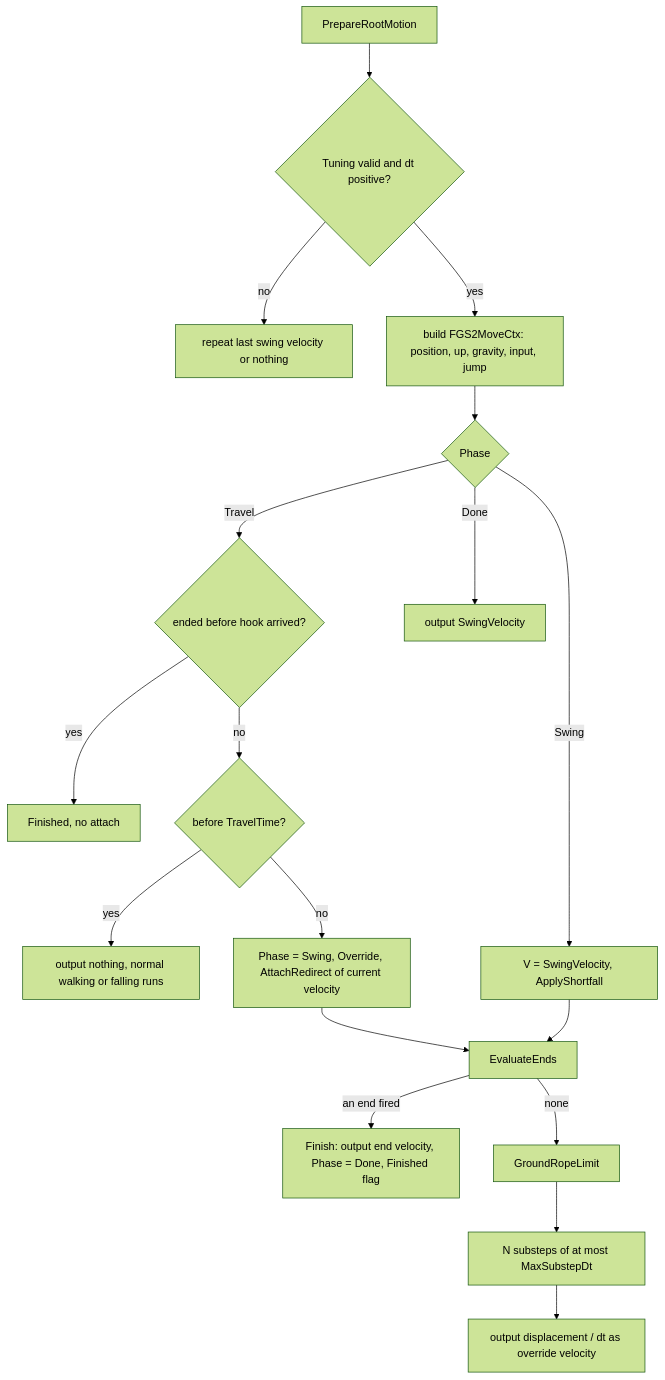
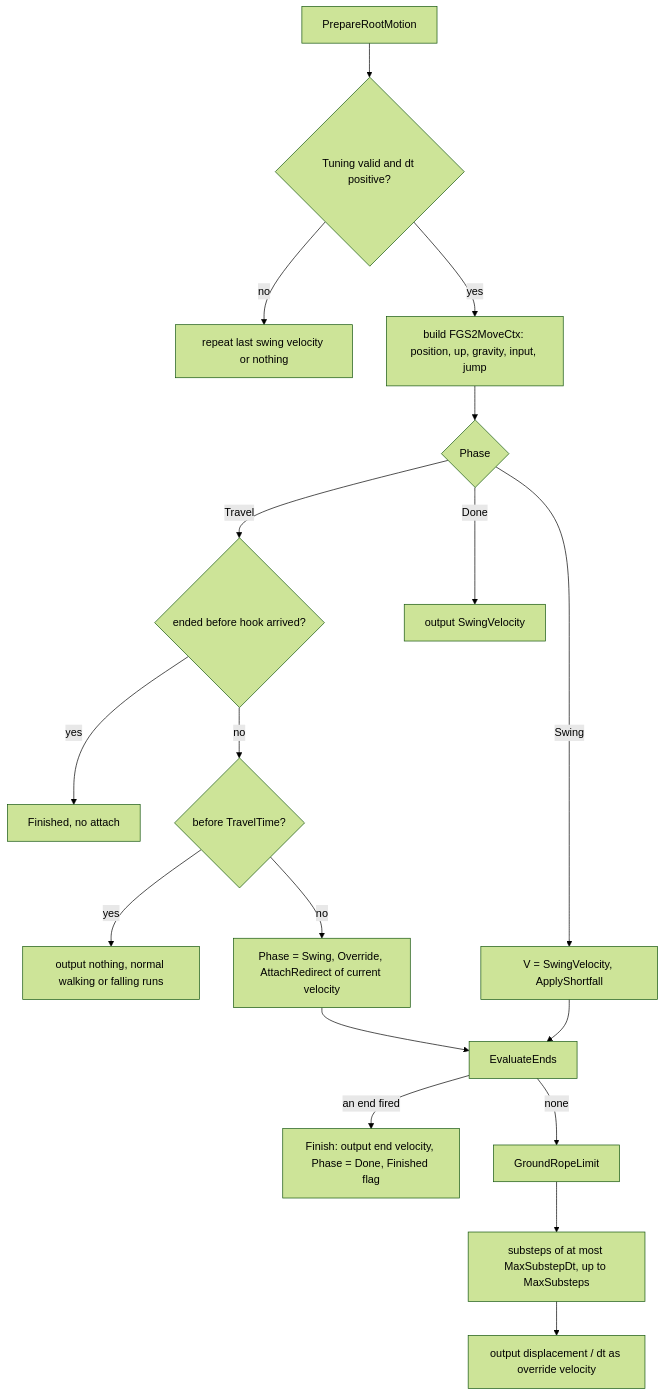
One commit to talal-jpg/AuraRedo2 changed the fifth of 5 diagrams in Docs/GA_GrappleSwing2.md. Above: the diagram before and after it, drawn with Mermaid (forest theme). The commit also changed other lines of this file, not shown here.

````diff
--- a/Docs/GA_GrappleSwing2.md
+++ b/Docs/GA_GrappleSwing2.md
@@ -258,20 +264,20 @@
 ```mermaid
 flowchart TD
     A[PrepareRootMotion] --> B{Tuning valid and dt positive?}
     B -- no --> B1[repeat last swing velocity or nothing]
     B -- yes --> C[build FGS2MoveCtx: position, up, gravity, input, jump]
     C --> D{Phase}
     D -- Travel --> T1{ended before hook arrived?}
     T1 -- yes --> T2[Finished, no attach]
     T1 -- no --> T3{before TravelTime?}
     T3 -- yes --> T4[output nothing, normal walking or falling runs]
     T3 -- no --> T5[Phase = Swing, Override, AttachRedirect of current velocity]
     D -- Swing --> W1[V = SwingVelocity, ApplyShortfall]
     D -- Done --> Z[output SwingVelocity]
     T5 --> E[EvaluateEnds]
     W1 --> E
     E -- an end fired --> F[Finish: output end velocity, Phase = Done, Finished flag]
     E -- none --> G[GroundRopeLimit]
-    G --> H[N substeps of at most MaxSubstepDt]
+    G --> H[substeps of at most MaxSubstepDt, up to MaxSubsteps]
     H --> I[output displacement / dt as override velocity]
 ```
````
